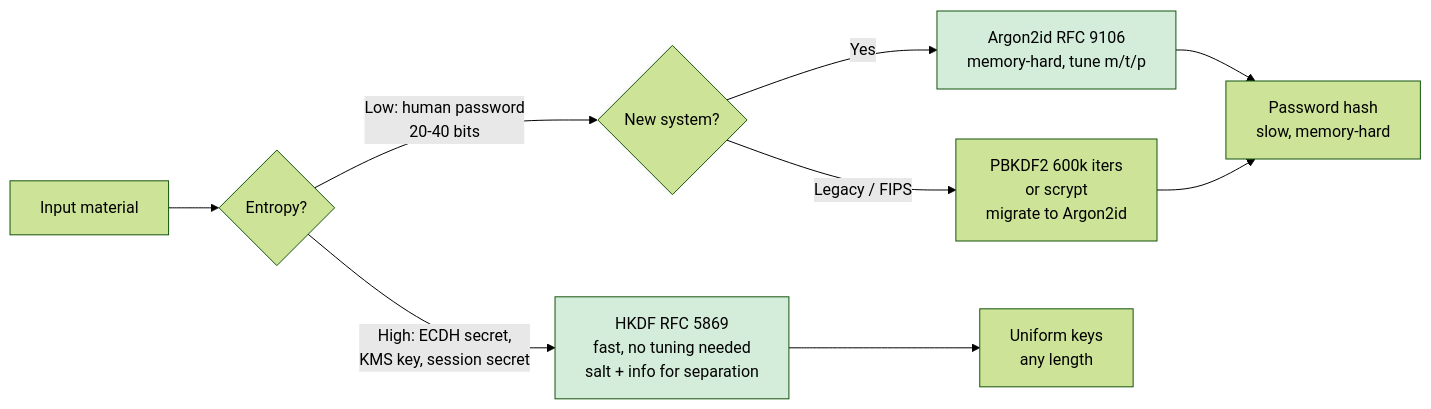
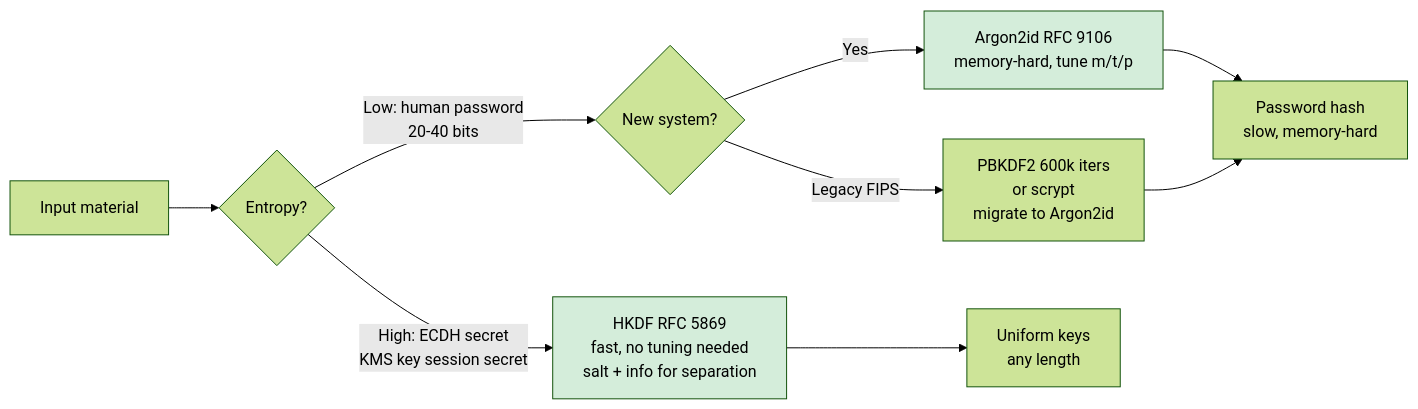
One commit to bumbsclaw/textbooks changed the second of 7 diagrams in vol-09-security-auth/ch02-hashing-passwords.md. Above: the diagram before and after it, drawn with Mermaid (forest theme). The commit also changed other lines of this file and 173 other files, not shown here.

First line of the commit message:
fix(mermaid): close note brackets, semicolons in Notes, stateDiagram br -> dash, edge parens

````diff
--- a/vol-09-security-auth/ch02-hashing-passwords.md
+++ b/vol-09-security-auth/ch02-hashing-passwords.md
@@ -232,15 +232,15 @@
 ```mermaid
 flowchart LR
     A["Input material"] --> B{"Entropy?"}
-    B -->|"High: ECDH secret,<br/>KMS key, session secret"| C["HKDF RFC 5869<br/>fast, no tuning needed<br/>salt + info for separation"]
-    B -->|"Low: human password<br/>20-40 bits"| D{"New system?"}
+    B -->|"High: ECDH secret <br >KMS key session secret"| C["HKDF RFC 5869<br/>fast, no tuning needed<br/>salt + info for separation"]
+    B -->|"Low: human password<br >20-40 bits"| D{"New system?"}
     D -->|"Yes"| E["Argon2id RFC 9106<br/>memory-hard, tune m/t/p"]
-    D -->|"Legacy / FIPS"| F["PBKDF2 600k iters<br/>or scrypt<br/>migrate to Argon2id"]
+    D -->|"Legacy FIPS"| F["PBKDF2 600k iters<br/>or scrypt<br/>migrate to Argon2id"]
 
     C --> G["Uniform keys<br/>any length"]
     E --> H["Password hash<br/>slow, memory-hard"]
     F --> H
 
     style E fill:#d4edda
     style C fill:#d4edda
 ```
````
